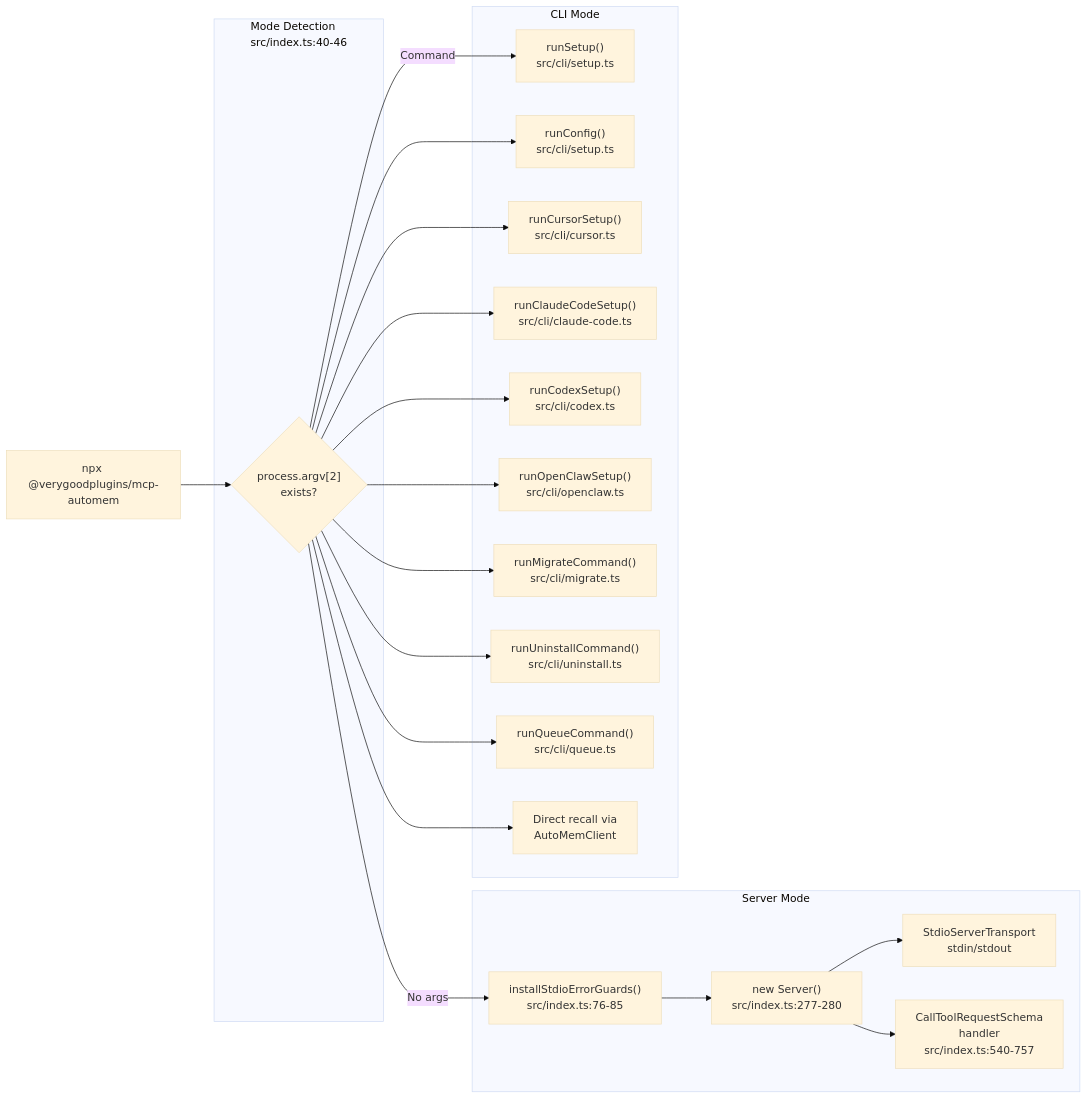
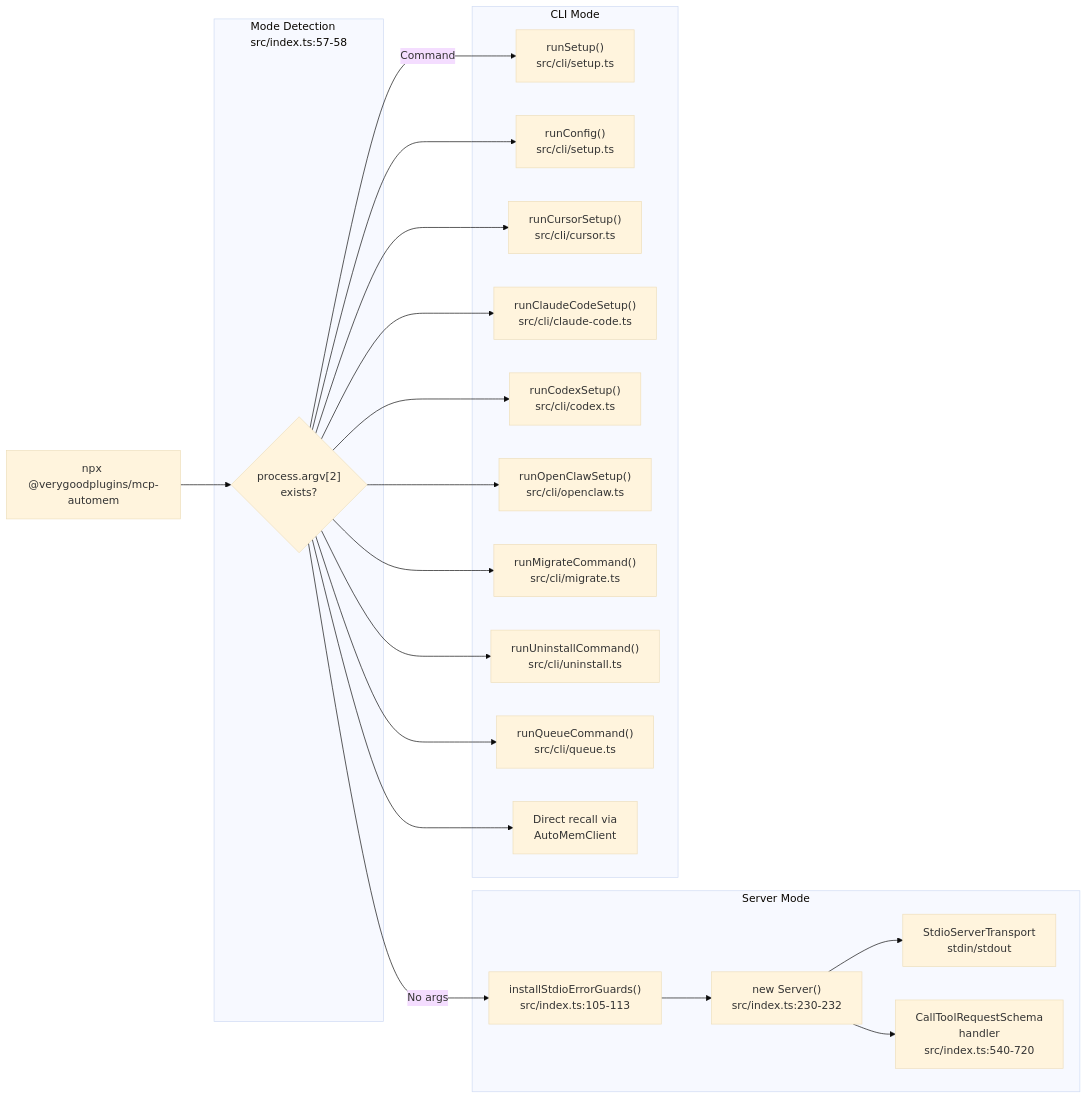
Before and after one commit to verygoodplugins/automem-website: the second of 6 diagrams in src/content/docs/docs/architecture/mcp-bridge.md, drawn with Mermaid (base theme). The commit also changed other lines of this file, not shown here.

Commit message:
docs: fix drift in MCP Bridge
Verified against: automem@ed36b98e3e1569dde71aa430417b6549520f7068, mcp-automem@34fcfe2b7bdac6a99829c64cc74611e29af69a38

https://claude.ai/code/session_01PwVnpMSBz8cLc6sPeThtPY

````diff
--- a/src/content/docs/docs/architecture/mcp-bridge.md
+++ b/src/content/docs/docs/architecture/mcp-bridge.md
@@ -81,46 +81,46 @@
 ```mermaid
 graph LR
     START["npx @verygoodplugins/mcp-automem"]
 
-    subgraph Detection["Mode Detection<br/>src/index.ts:40-46"]
+    subgraph Detection["Mode Detection<br/>src/index.ts:57-58"]
         CHECK{"process.argv[2]<br/>exists?"}
     end
 
     subgraph Server_Mode["Server Mode"]
-        STDIO_GUARD["installStdioErrorGuards()<br/>src/index.ts:76-85"]
-        MCP_SERVER["new Server()<br/>src/index.ts:277-280"]
+        STDIO_GUARD["installStdioErrorGuards()<br/>src/index.ts:105-113"]
+        MCP_SERVER["new Server()<br/>src/index.ts:230-232"]
         STDIO_TRANSPORT["StdioServerTransport<br/>stdin/stdout"]
-        TOOL_HANDLER["CallToolRequestSchema<br/>handler<br/>src/index.ts:540-757"]
+        TOOL_HANDLER["CallToolRequestSchema<br/>handler<br/>src/index.ts:540-720"]
     end
 
     subgraph CLI_Mode["CLI Mode"]
         SETUP["runSetup()<br/>src/cli/setup.ts"]
         CONFIG["runConfig()<br/>src/cli/setup.ts"]
         CURSOR["runCursorSetup()<br/>src/cli/cursor.ts"]
         CLAUDE_CODE["runClaudeCodeSetup()<br/>src/cli/claude-code.ts"]
         CODEX["runCodexSetup()<br/>src/cli/codex.ts"]
         OPENCLAW["runOpenClawSetup()<br/>src/cli/openclaw.ts"]
         MIGRATE["runMigrateCommand()<br/>src/cli/migrate.ts"]
         UNINSTALL["runUninstallCommand()<br/>src/cli/uninstall.ts"]
         QUEUE["runQueueCommand()<br/>src/cli/queue.ts"]
         RECALL["Direct recall via<br/>AutoMemClient"]
     end
 
     START --> CHECK
     CHECK -->|"No args"| STDIO_GUARD
     CHECK -->|"Command"| SETUP
 
     STDIO_GUARD --> MCP_SERVER
     MCP_SERVER --> STDIO_TRANSPORT
     MCP_SERVER --> TOOL_HANDLER
 
     CHECK --> CONFIG
     CHECK --> CURSOR
     CHECK --> CLAUDE_CODE
     CHECK --> CODEX
     CHECK --> OPENCLAW
     CHECK --> MIGRATE
     CHECK --> UNINSTALL
     CHECK --> QUEUE
     CHECK --> RECALL
 ```
````
